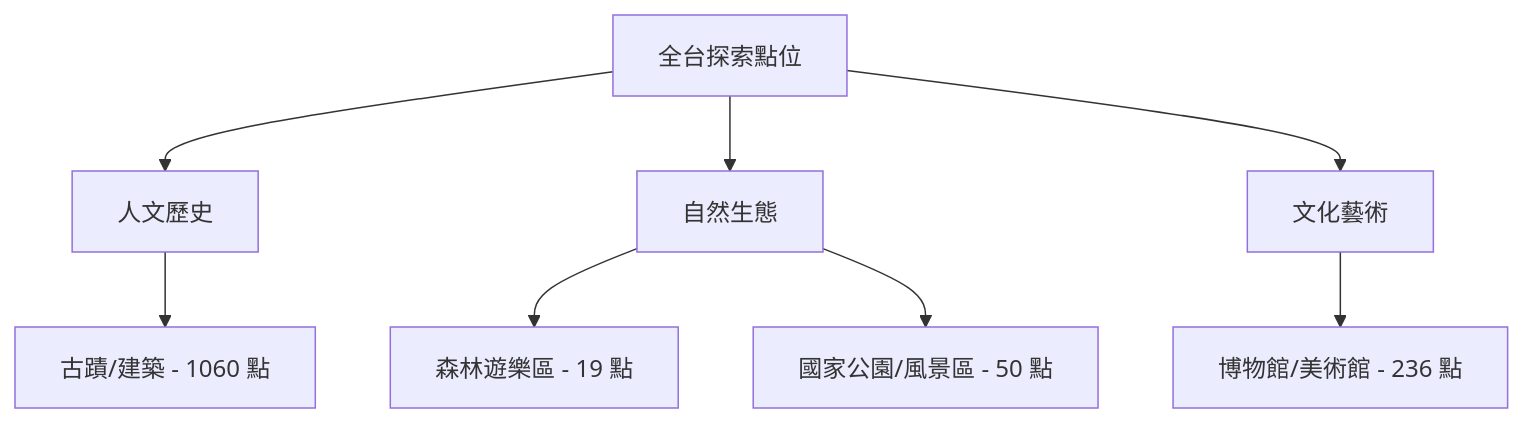
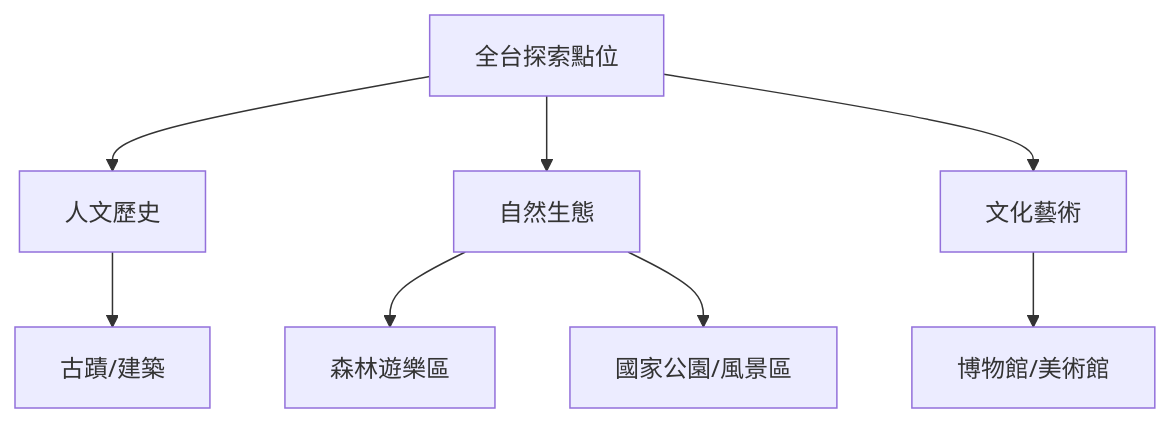
One commit to wuulong/wuulong-notes-blog changed the diagram in static/walkgis_prj/maps/national_exploration_spots.md. Above: the diagram before and after it, drawn with Mermaid. The commit also changed other lines of this file and 1258 other files, not shown here.

````diff
--- a/static/walkgis_prj/maps/national_exploration_spots.md
+++ b/static/walkgis_prj/maps/national_exploration_spots.md
@@ -19,11 +7,11 @@
 ```mermaid
 graph TD
     A[全台探索點位] --> B[人文歷史]
     A --> C[自然生態]
     A --> D[文化藝術]
     
-    B --> B1[古蹟/建築 - 1060 點]
-    C --> C1[森林遊樂區 - 19 點]
-    C --> C2[國家公園/風景區 - 50 點]
-    D --> D1[博物館/美術館 - 236 點]
+    B --> B1[古蹟/建築]
+    C --> C1[森林遊樂區]
+    C --> C2[國家公園/風景區]
+    D --> D1[博物館/美術館]
 ```
````
